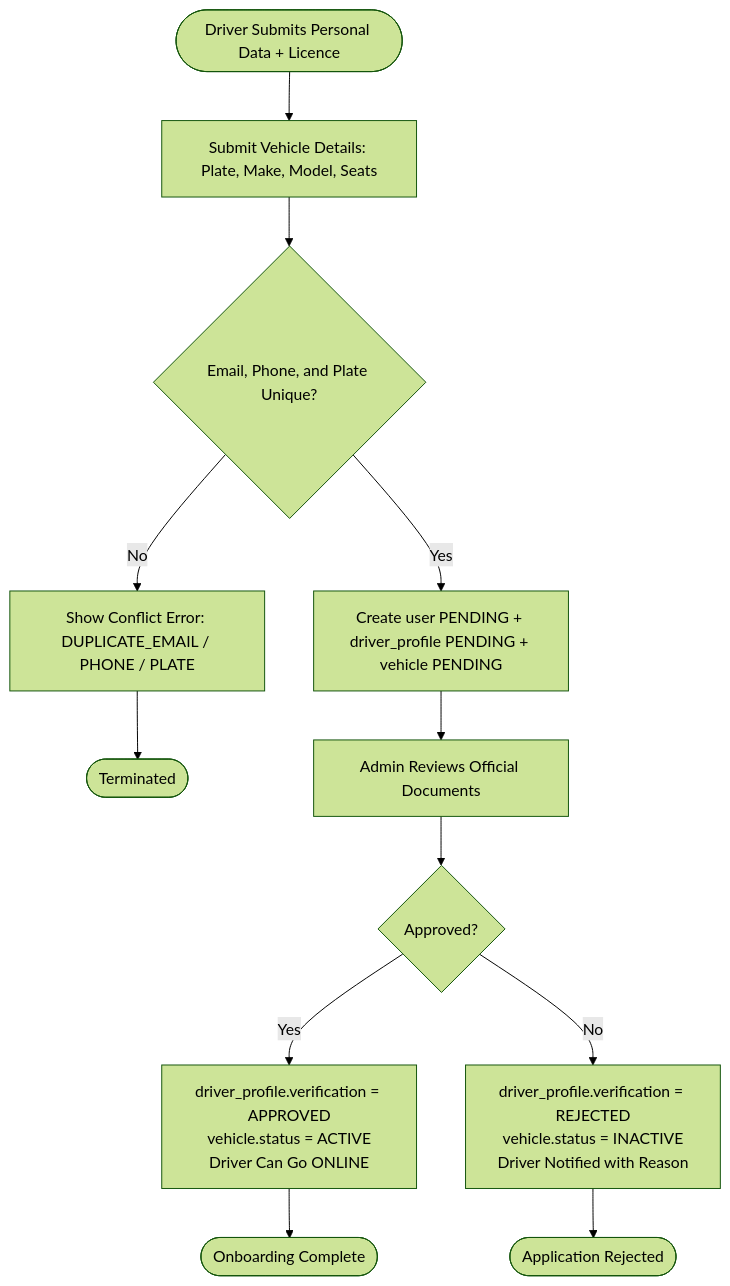
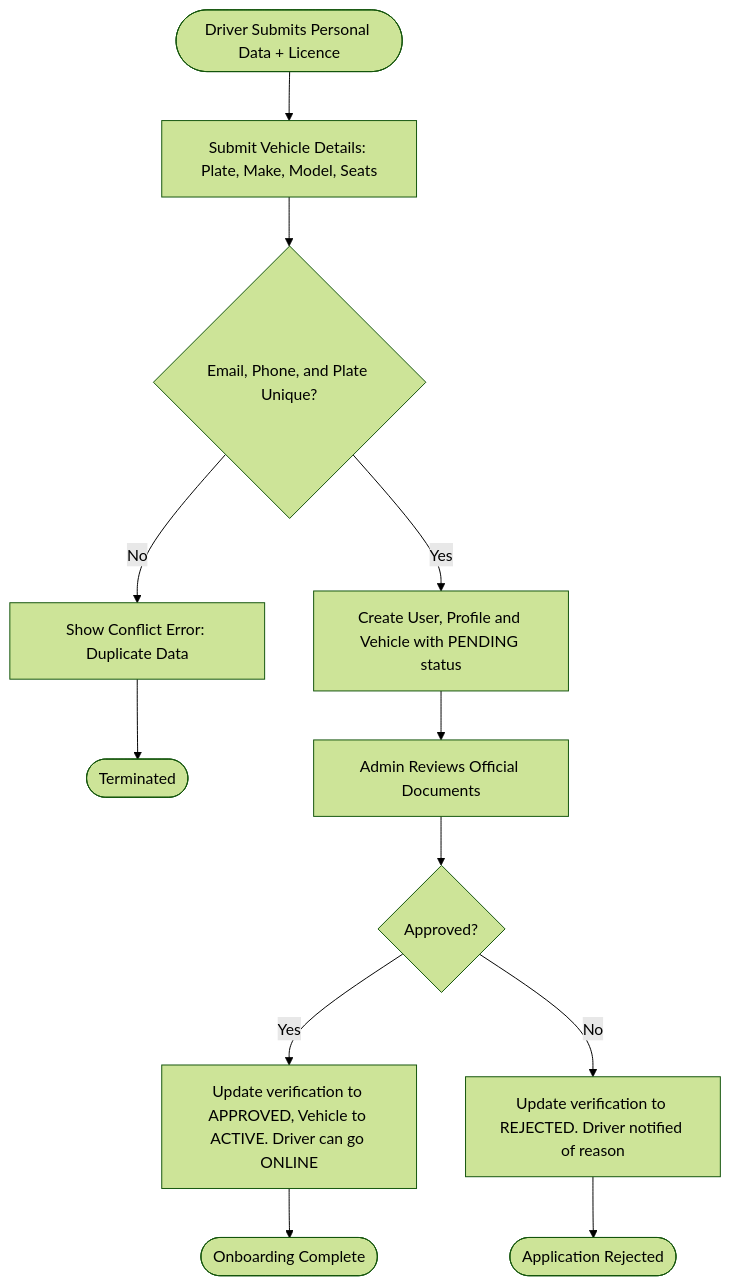
The fourth of 5 diagrams in README.md (emmanueloyono-debug/ViaMe), drawn with Mermaid (forest theme) before and after one commit. The commit also changed other lines of this file and 1 other file, not shown here.

Commit message:
fix(docs): resolve Mermaid ERD and flowchart parser errors on GitHub

````diff
--- a/README.md
+++ b/README.md
@@ -203,14 +203,14 @@
 ```mermaid
 flowchart TD
-    Start([Driver Submits Personal Data + Licence]) --> SubVeh[Submit Vehicle Details: Plate, Make, Model, Seats]
-    SubVeh --> CheckUniq{Email, Phone, and Plate Unique?}
-    CheckUniq -- No --> ShowConflict[Show Conflict Error: DUPLICATE_EMAIL / PHONE / PLATE]
-    ShowConflict --> StopFail([Terminated])
-    CheckUniq -- Yes --> CreatePending[Create user PENDING + driver_profile PENDING + vehicle PENDING]
-    CreatePending --> AdminReview[Admin Reviews Official Documents]
-    AdminReview --> IsApproved{Approved?}
-    IsApproved -- Yes --> ApproveDriver[driver_profile.verification = APPROVED<br>vehicle.status = ACTIVE<br>Driver Can Go ONLINE]
-    ApproveDriver --> StopSuccess([Onboarding Complete])
-    IsApproved -- No --> RejectDriver[driver_profile.verification = REJECTED<br>vehicle.status = INACTIVE<br>Driver Notified with Reason]
-    RejectDriver --> StopReject([Application Rejected])
+    Start(["Driver Submits Personal Data + Licence"]) --> SubVeh["Submit Vehicle Details: Plate, Make, Model, Seats"]
+    SubVeh --> CheckUniq{"Email, Phone, and Plate Unique?"}
+    CheckUniq -- No --> ShowConflict["Show Conflict Error: Duplicate Data"]
+    ShowConflict --> StopFail(["Terminated"])
+    CheckUniq -- Yes --> CreatePending["Create User, Profile and Vehicle with PENDING status"]
+    CreatePending --> AdminReview["Admin Reviews Official Documents"]
+    AdminReview --> IsApproved{"Approved?"}
+    IsApproved -- Yes --> ApproveDriver["Update verification to APPROVED, Vehicle to ACTIVE. Driver can go ONLINE"]
+    ApproveDriver --> StopSuccess(["Onboarding Complete"])
+    IsApproved -- No --> RejectDriver["Update verification to REJECTED. Driver notified of reason"]
+    RejectDriver --> StopReject(["Application Rejected"])
 ```
````
